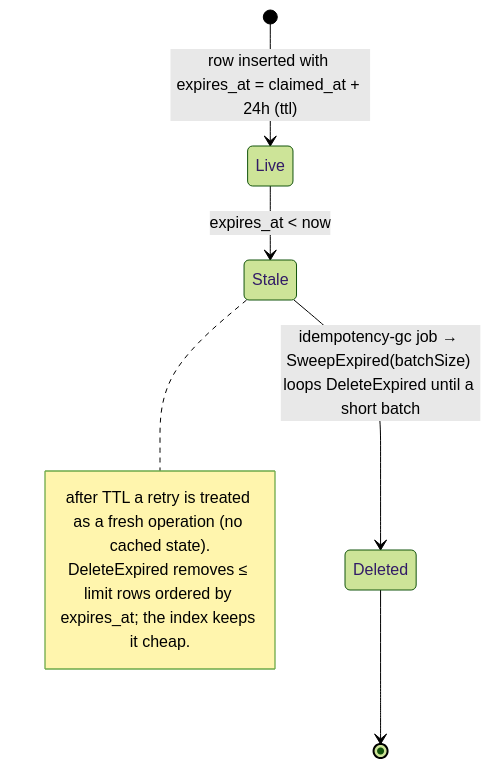
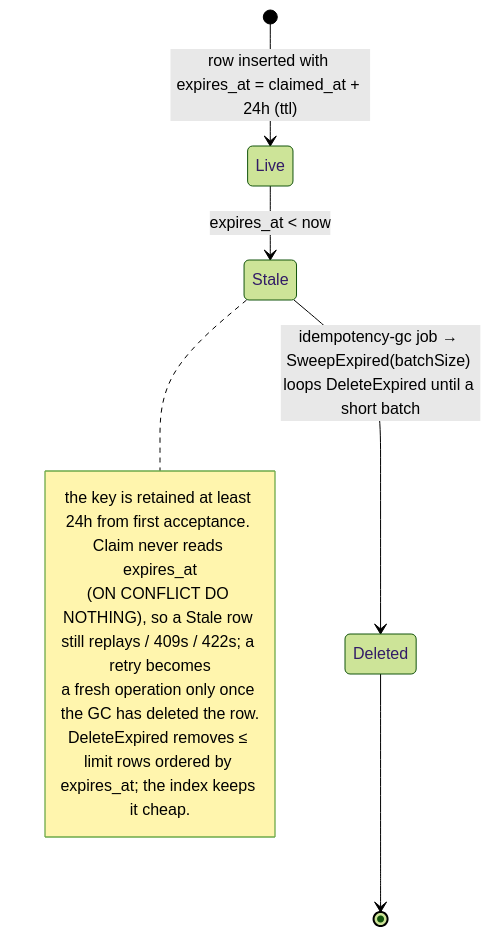
One commit to Tomy-ch/go-boilerplate changed the third of 6 diagrams in docs/design/idempotency.md. Above: the diagram before and after it, drawn with Mermaid (forest theme). The commit also changed other lines of this file and 7 other files, not shown here.

````diff
--- a/docs/design/idempotency.md
+++ b/docs/design/idempotency.md
@@ -99,12 +99,14 @@
 ```mermaid
 stateDiagram-v2
     [*] --> Live: row inserted with expires_at = claimed_at + 24h (ttl)
     Live --> Stale: expires_at < now
     Stale --> Deleted: idempotency-gc job → SweepExpired(batchSize) loops DeleteExpired until a short batch
     Deleted --> [*]
 
     note right of Stale
-      after TTL a retry is treated as a fresh operation (no cached state).
+      the key is retained at least 24h from first acceptance. Claim never reads expires_at
+      (ON CONFLICT DO NOTHING), so a Stale row still replays / 409s / 422s; a retry becomes
+      a fresh operation only once the GC has deleted the row.
       DeleteExpired removes ≤ limit rows ordered by expires_at; the index keeps it cheap.
     end note
 ```
````
